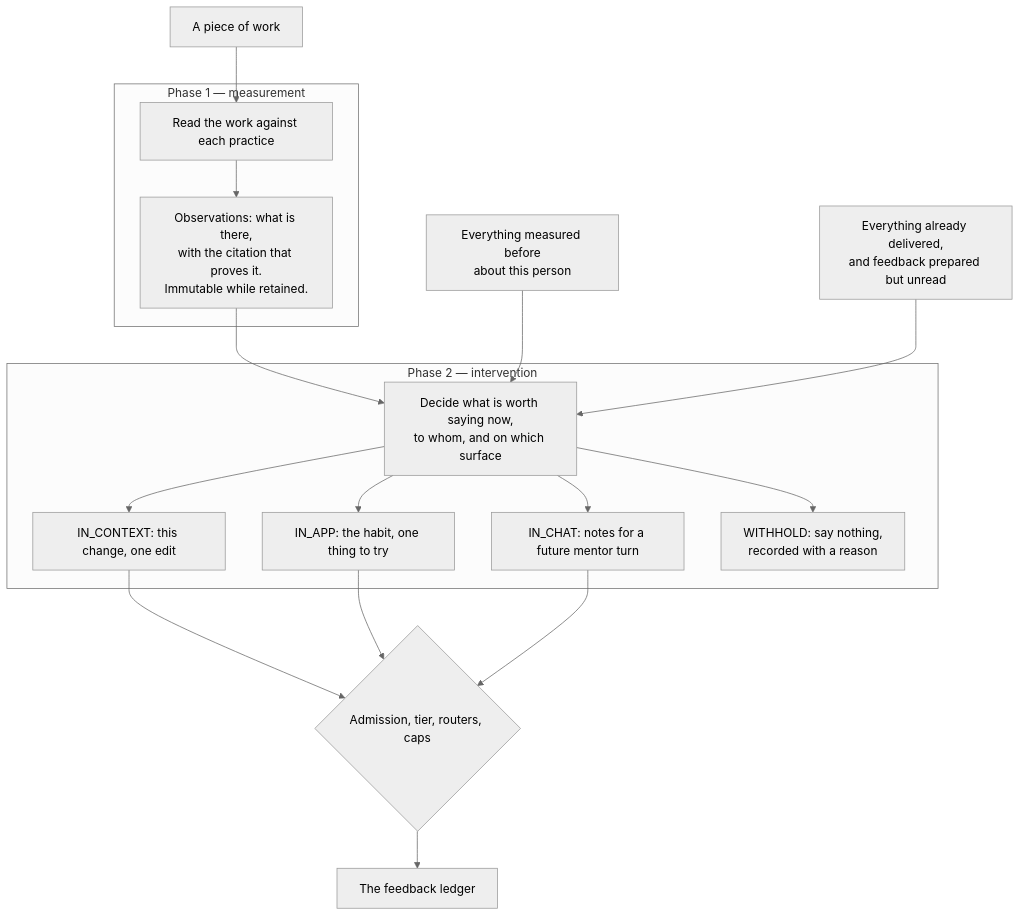
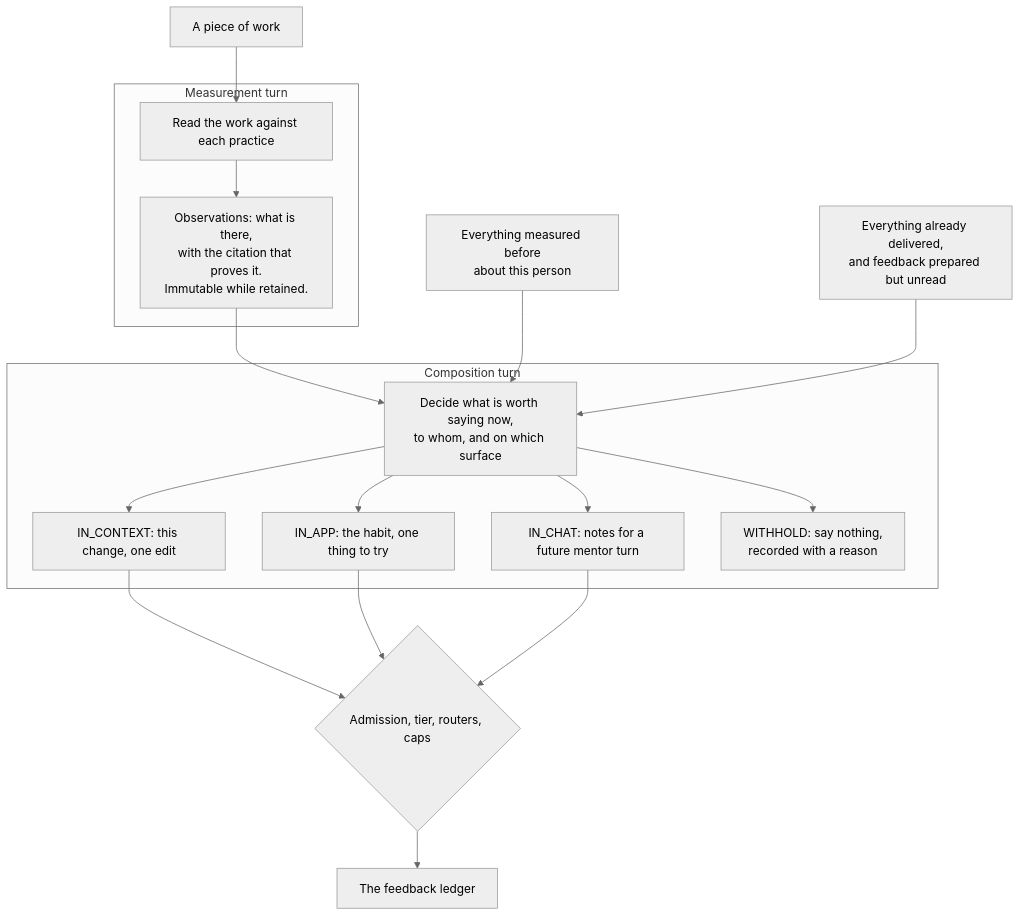
One commit to ls1intum/Hephaestus changed the third of 5 diagrams in docs/contributor/practice-review-pipeline.mdx. Above: the diagram before and after it, drawn with Mermaid (neutral theme). The commit also changed other lines of this file and 9 other files, not shown here.

````diff
--- a/docs/contributor/practice-review-pipeline.mdx
+++ b/docs/contributor/practice-review-pipeline.mdx
@@ -221,26 +216,26 @@
 ```mermaid
 flowchart TB
     work["A piece of work"] --> measure
 
-    subgraph phase1["Phase 1 — measurement"]
+    subgraph measurementTurn["Measurement turn"]
         measure["Read the work against each practice"]
         measure --> obs["Observations: what is there,<br/>with the citation that proves it.<br/>Immutable while retained."]
     end
 
     obs --> compose
     record["Everything measured before<br/>about this person"] --> compose
     said["Everything already delivered,<br/>and feedback prepared but unread"] --> compose
 
-    subgraph phase2["Phase 2 — intervention"]
+    subgraph compositionTurn["Composition turn"]
         compose["Decide what is worth saying now,<br/>to whom, and on which surface"]
         compose --> incontext["IN_CONTEXT: this change, one edit"]
         compose --> page["IN_APP: the habit, one thing to try"]
         compose --> chat["IN_CHAT: notes for a future mentor turn"]
         compose --> quiet["WITHHOLD: say nothing,<br/>recorded with a reason"]
     end
 
     incontext --> gate{"Admission, tier, routers, caps"}
     page --> gate
     chat --> gate
     gate --> ledger["The feedback ledger"]
 ```
````
